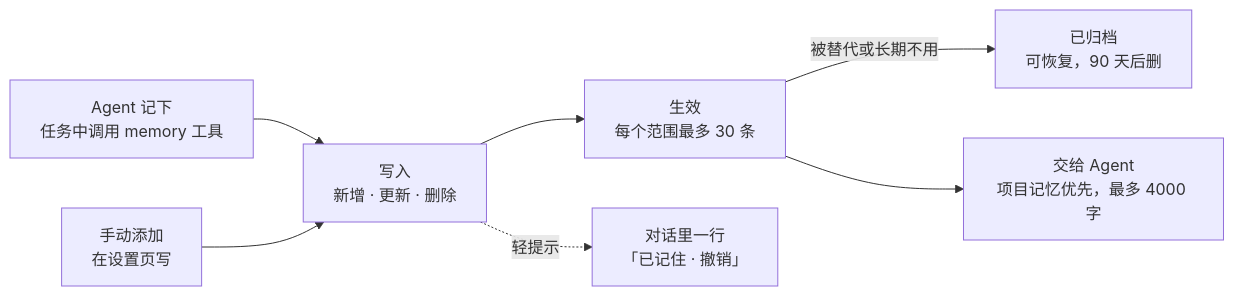
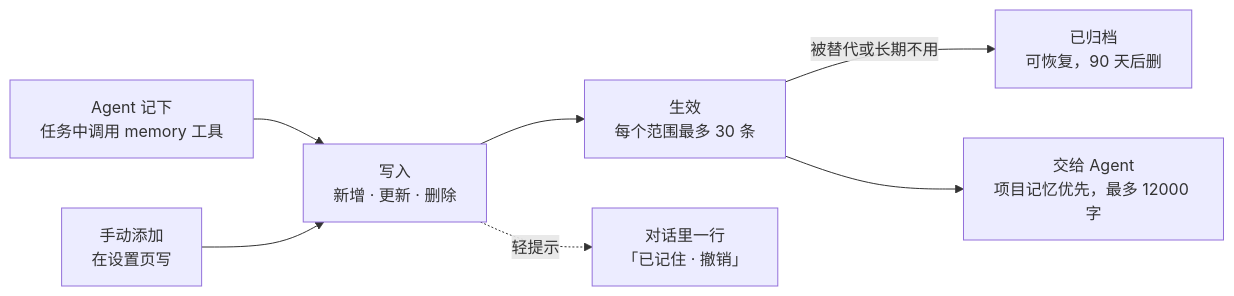
Before and after one commit to B-A-M-N/hybridInference-cloud-agent-1: the diagram in docs/agents/specs/2026-10-13-memory-redesign.zh-CN.md, drawn with Mermaid. The commit also changed other lines of this file and 15 other files, not shown here.

````diff
--- a/docs/agents/specs/2026-10-13-memory-redesign.zh-CN.md
+++ b/docs/agents/specs/2026-10-13-memory-redesign.zh-CN.md
@@ -63,10 +63,10 @@
 ```mermaid
 flowchart LR
     agent_tool["Agent 记下<br/>任务中调用 memory 工具"] --> tidy
     manual["手动添加<br/>在设置页写"] --> tidy
     tidy["写入<br/>新增 · 更新 · 删除"]
     tidy --> active["生效<br/>每个范围最多 30 条"]
     tidy -. 轻提示 .-> notice["对话里一行<br/>「已记住 · 撤销」"]
     active -- 被替代或长期不用 --> archived["已归档<br/>可恢复，90 天后删"]
-    active --> agent["交给 Agent<br/>项目记忆优先，最多 4000 字"]
+    active --> agent["交给 Agent<br/>项目记忆优先，最多 12000 字"]
 ```
````
